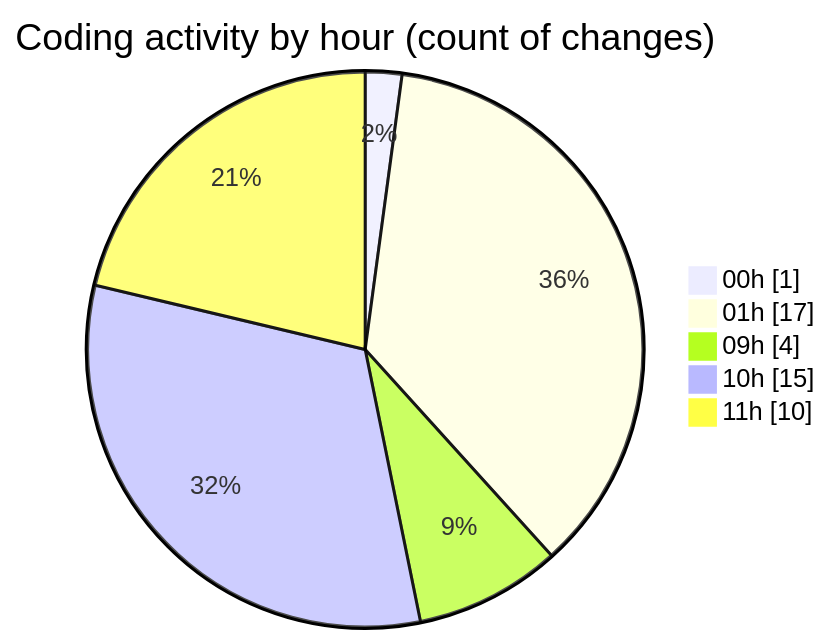
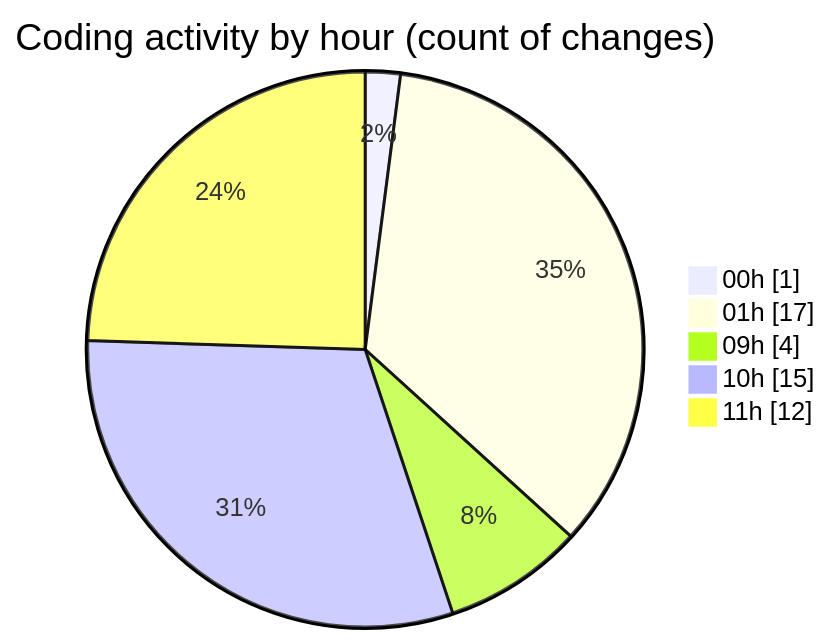
Before and after one commit to julien-gomy/code-tracking: the second of 2 diagrams in 2025-11-01/cdp_aleoudev_fr__workspace_/README.md, drawn with Mermaid. The commit also changed other lines of this file and 1 other file, not shown here.

````diff
--- a/2025-11-01/cdp_aleoudev_fr__workspace_/README.md
+++ b/2025-11-01/cdp_aleoudev_fr__workspace_/README.md
@@ -36,9 +36,9 @@
 ```mermaid
 pie showData
 title Coding activity by hour (count of changes)
 "00h" : 1
 "01h" : 17
 "09h" : 4
 "10h" : 15
-"11h" : 10
+"11h" : 12
 ```
````
